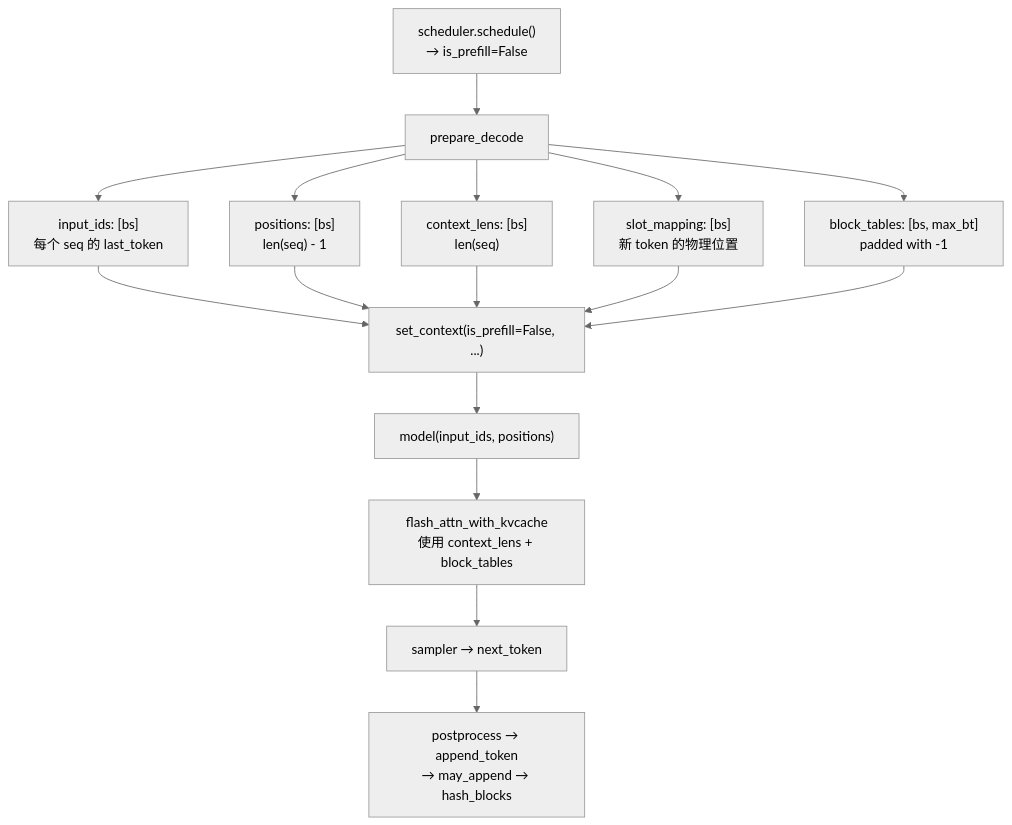
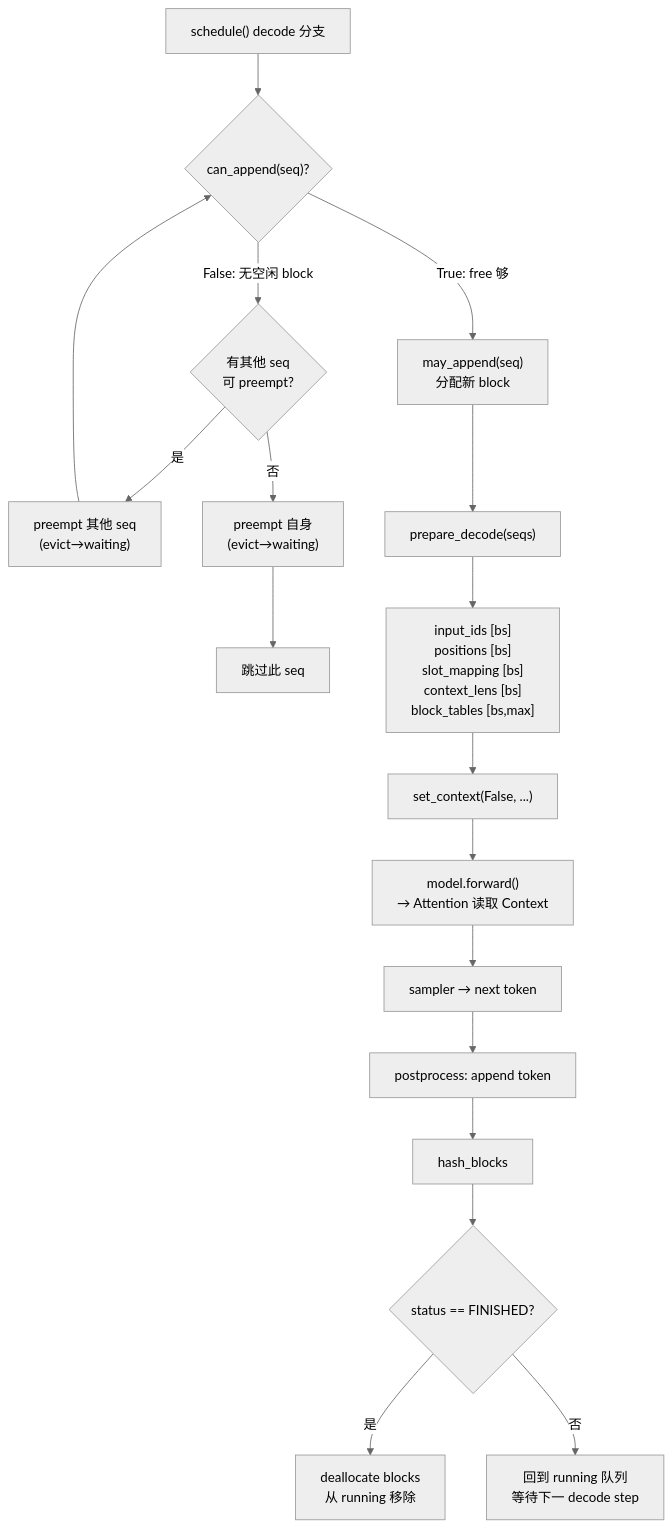
One commit to ForceInjection/nano-vllm changed the second of 4 diagrams in docs/llm-inference-visual/slides/slides.06.md. Above: the diagram before and after it, drawn with Mermaid (neutral theme). The commit also changed other lines of this file, not shown here.

````diff
--- a/docs/llm-inference-visual/slides/slides.06.md
+++ b/docs/llm-inference-visual/slides/slides.06.md
@@ -702,14 +586,20 @@
-```mermaid {scale: 0.65}
+```mermaid {scale: 0.45}
 flowchart TD
-    A["scheduler.schedule()<br/>→ is_prefill=False"] --> B["prepare_decode"]
-    B --> C["input_ids: [bs]<br/>每个 seq 的 last_token"]
-    B --> D["positions: [bs]<br/>len(seq) - 1"]
-    B --> E["context_lens: [bs]<br/>len(seq)"]
-    B --> F["slot_mapping: [bs]<br/>新 token 的物理位置"]
-    B --> G["block_tables: [bs, max_bt]<br/>padded with -1"]
-    C & D & E & F & G --> H["set_context(is_prefill=False, ...)"]
-    H --> I["model(input_ids, positions)"]
-    I --> J["flash_attn_with_kvcache<br/>使用 context_lens + block_tables"]
-    J --> K["sampler → next_token"]
-    K --> L["postprocess → append_token<br/>→ may_append → hash_blocks"]
+    A["schedule() decode 分支"] --> B{"can_append(seq)?"}
+    B -->|"False: 无空闲 block"| C{"有其他 seq<br/>可 preempt?"}
+    C -->|"是"| D["preempt 其他 seq<br/>(evict→waiting)"]
+    C -->|"否"| E["preempt 自身<br/>(evict→waiting)"]
+    D --> B
+    E --> F["跳过此 seq"]
+    B -->|"True: free 够"| G["may_append(seq)<br/>分配新 block"]
+    G --> H["prepare_decode(seqs)"]
+    H --> I["input_ids [bs]<br/>positions [bs]<br/>slot_mapping [bs]<br/>context_lens [bs]<br/>block_tables [bs,max]"]
+    I --> J["set_context(False, ...)"]
+    J --> K["model.forward()<br/>→ Attention 读取 Context"]
+    K --> L["sampler → next token"]
+    L --> M["postprocess: append token"]
+    M --> N["hash_blocks"]
+    N --> O{"status == FINISHED?"}
+    O -->|"是"| P["deallocate blocks<br/>从 running 移除"]
+    O -->|"否"| Q["回到 running 队列<br/>等待下一 decode step"]
 ```
````
